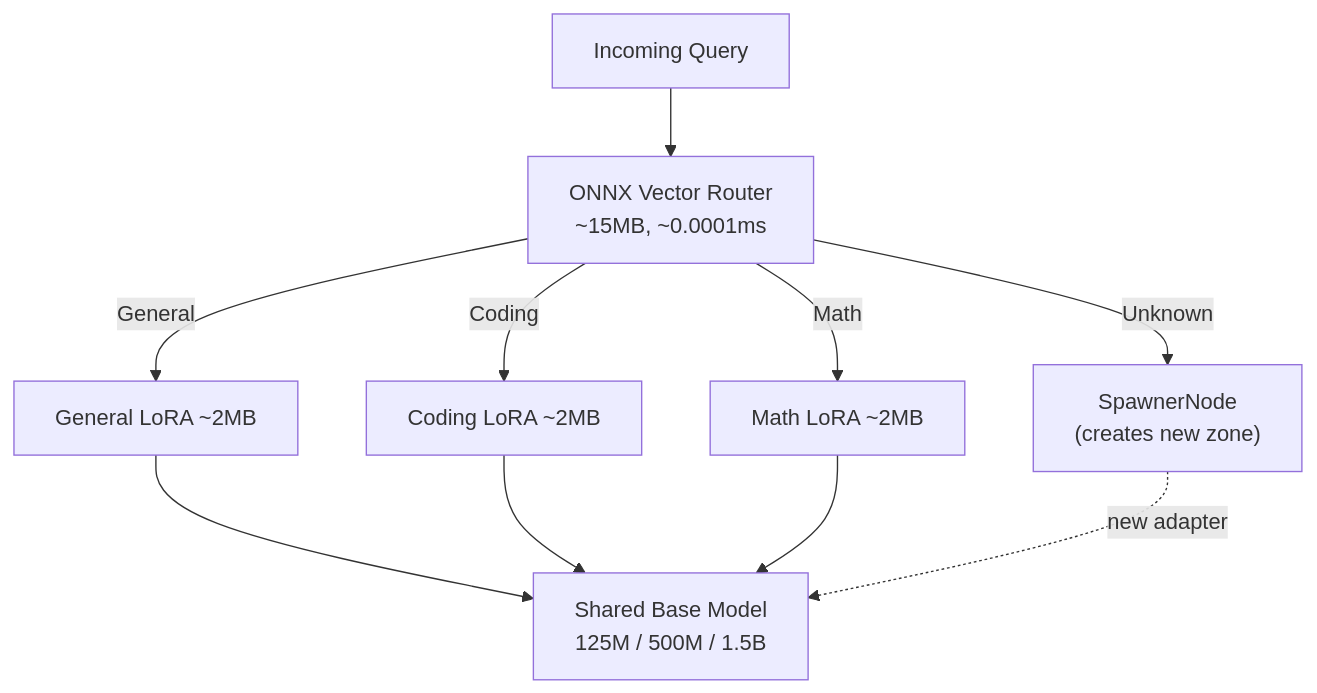
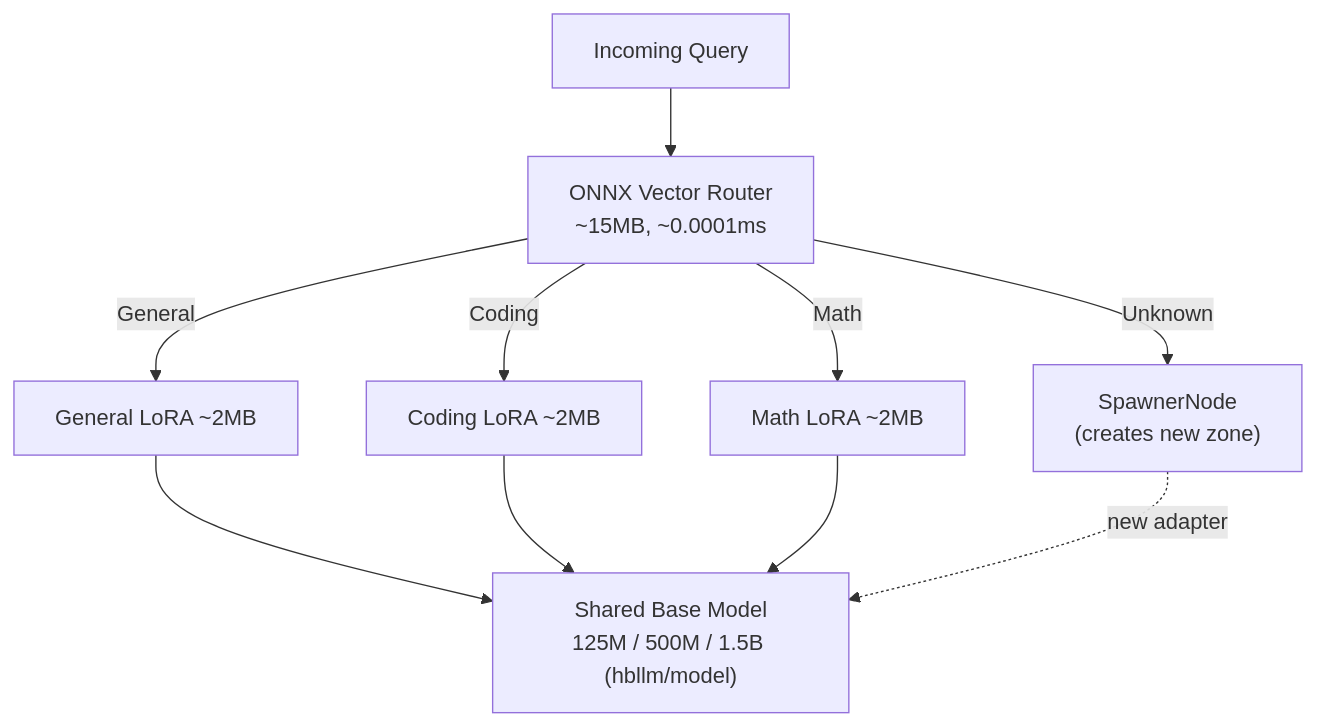
Before and after one commit to HBLLM/hbllm-core: the diagram in docs/zoning/how-it-works.md, drawn with Mermaid. The commit also changed 21 other files, not shown here.

````diff
--- a/docs/zoning/how-it-works.md
+++ b/docs/zoning/how-it-works.md
@@ -12,13 +12,13 @@
 ```mermaid
 graph TD
     Q["Incoming Query"] --> R["ONNX Vector Router<br/>~15MB, ~0.0001ms"]
     R -->|"General"| G["General LoRA ~2MB"]
     R -->|"Coding"| C["Coding LoRA ~2MB"]
     R -->|"Math"| M["Math LoRA ~2MB"]
     R -->|"Unknown"| S["SpawnerNode<br/>(creates new zone)"]
     
-    G --> B["Shared Base Model<br/>125M / 500M / 1.5B"]
+    G --> B["Shared Base Model<br/>125M / 500M / 1.5B (hbllm/model)"]
     C --> B
     M --> B
     S -.->|"new adapter"| B
 ```
````
